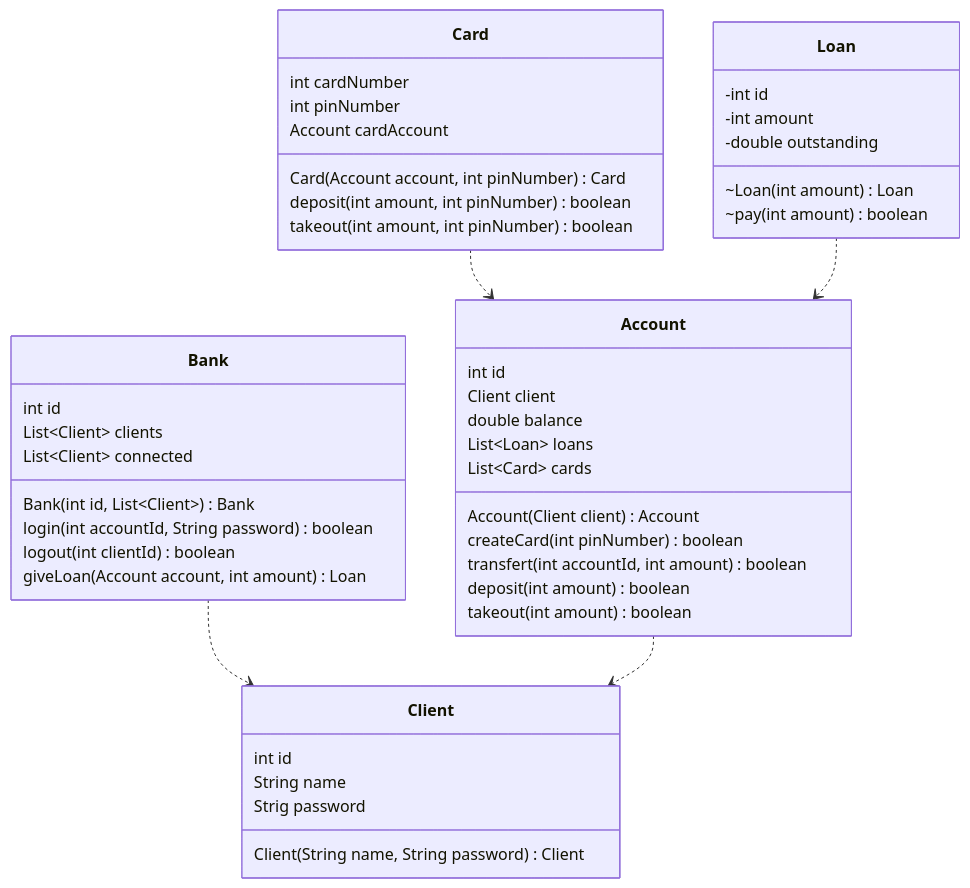
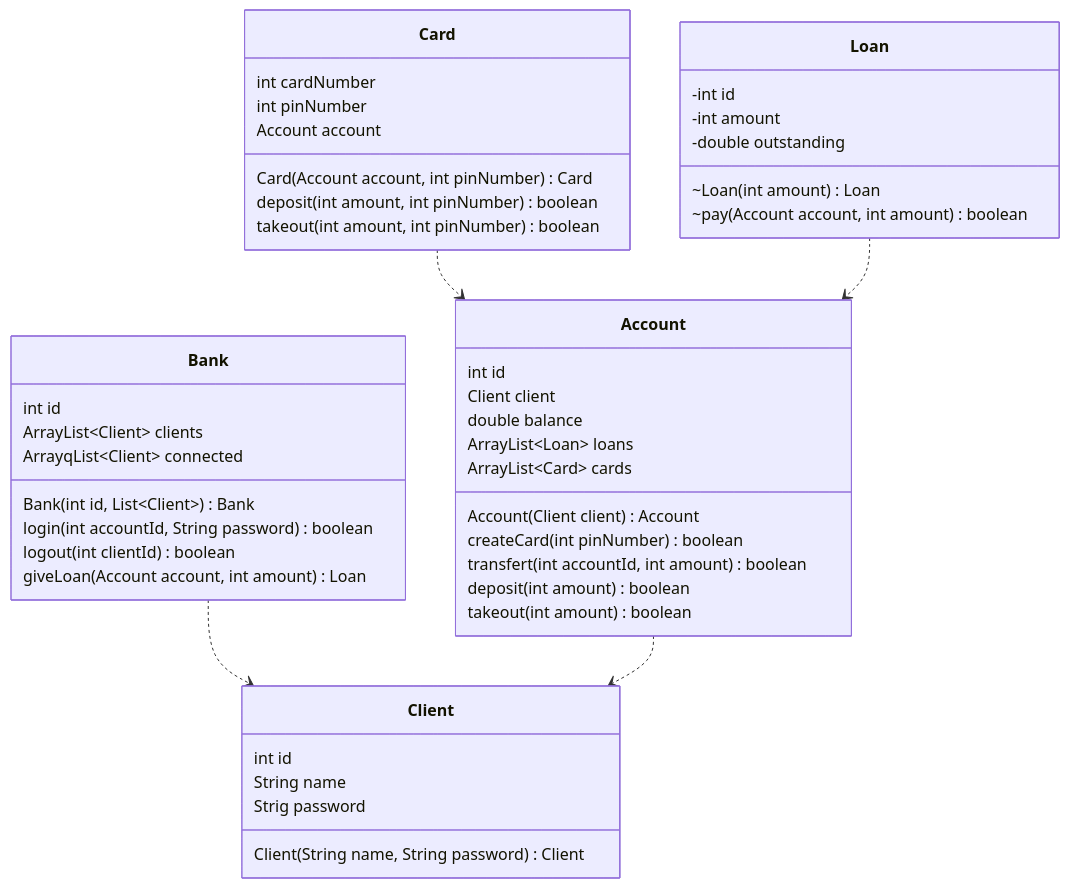
Before and after one commit to L-Clem/GitHooks: the diagram in README.md, drawn with Mermaid.

Commit message:
📝 (dev, readme): Update README

````diff
--- a/README.md
+++ b/README.md
@@ -50,59 +50,59 @@
 ```mermaid
 classDiagram
     Bank ..> Client
     Account ..> Client
     Card ..> Account
     Loan ..> Account
 
     class Client{
         int id
         String name
         Strig password
 
         Client(String name, String password) Client
     }
 
     class Bank{
         int id
-        List~Client~ clients
-        List~Client~ connected
+        ArrayList~Client~ clients
+        ArrayqList~Client~ connected
 
         Bank(int id, List~Client~) Bank
         login(int accountId, String password) boolean
         logout(int clientId) boolean
         giveLoan(Account account, int amount) Loan
     }
 
     class Account{
         int id
         Client client
         double balance
-        List~Loan~ loans
-        List~Card~ cards
+        ArrayList~Loan~ loans
+        ArrayList~Card~ cards
 
         Account(Client client) Account
         createCard(int pinNumber) boolean
         transfert(int accountId, int amount) boolean
         deposit(int amount) boolean
         takeout(int amount) boolean
     }
 
     class Card{
         int cardNumber
         int pinNumber
-        Account cardAccount
+        Account account
 
         Card(Account account, int pinNumber) Card
         deposit(int amount, int pinNumber) boolean
         takeout(int amount, int pinNumber) boolean
     }
 
     class Loan{
         -int id
         -int amount
         -double outstanding
 
         ~Loan(int amount) Loan
-        ~pay(int amount) boolean
+        ~pay(Account account, int amount) boolean
     }
 ```
````
